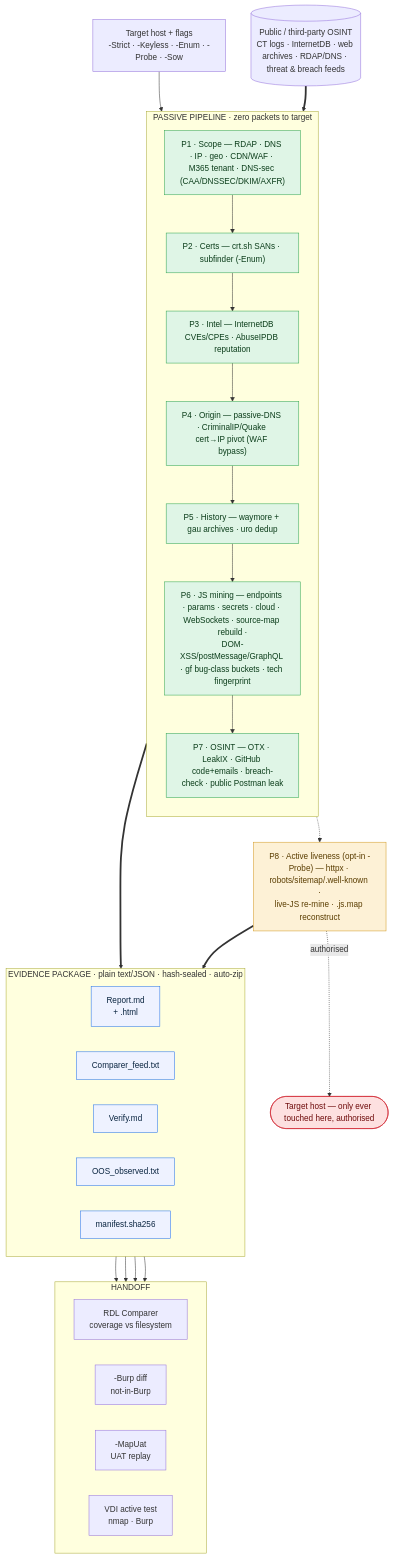
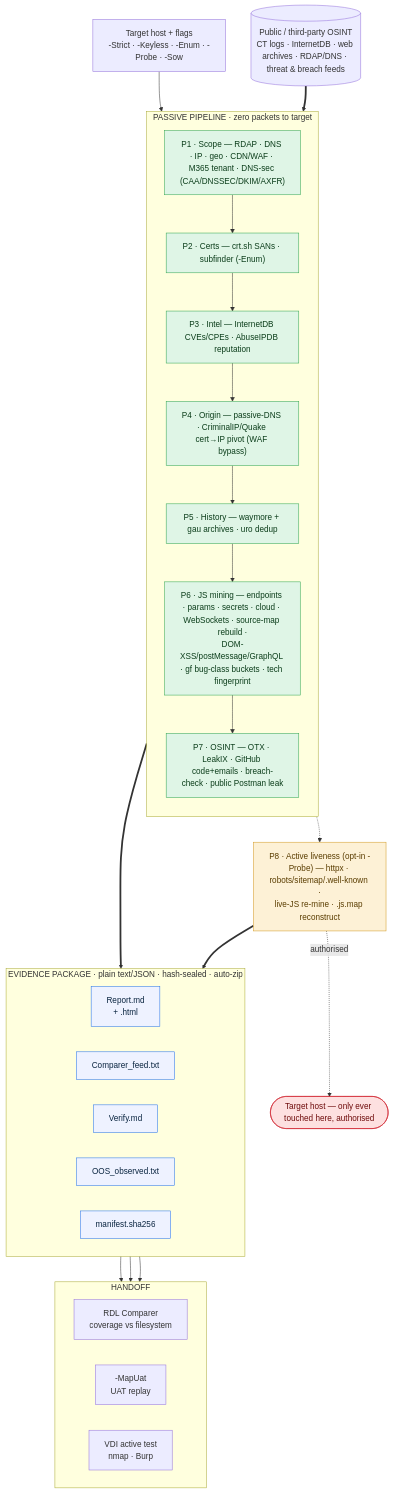
Before and after one commit to impramodsargar/AssetLens: the diagram in README.md, drawn with Mermaid. The commit also changed other lines of this file and 1 other file, not shown here.

Commit message:
Remove -Burp diff mode - external tool owns the Burp comparison
The Burp-vs-RDL coverage compare is done by a separate tool now, so AssetLens
no longer needs its own one-directional diff. Removed:
- the -Burp param, Invoke-BurpDiff function, dispatch branch, and its mention
  in the "no target" error text
- README: the -Burp node in the handoff diagram, its edge, the usage-table
  row, and the prose line about discovered_not_in_burp.txt

What AssetLens contributes to that pipeline stays and is now called out
explicitly: 08_live\live_urls.txt (every -Probe-confirmed live URL, full
URLs - the list to load into the external compare tool) and Comparer_feed.txt
(the broader discovered union). No collection logic touched; AST clean;
-Report rebuild verified (live_urls 398, live_uris 395, Comparer_feed 480).

````diff
--- a/README.md
+++ b/README.md
@@ -37,54 +37,53 @@
 ```mermaid
 flowchart TB
     IN["Target host + flags<br/>-Strict · -Keyless · -Enum · -Probe · -Sow"]
     SRC[("Public / third-party OSINT<br/>CT logs · InternetDB · web archives · RDAP/DNS · threat &amp; breach feeds")]
 
     subgraph PASSIVE["PASSIVE PIPELINE  ·  zero packets to target"]
         direction TB
         P1["P1 · Scope — RDAP · DNS · IP · geo · CDN/WAF · M365 tenant · DNS-sec (CAA/DNSSEC/DKIM/AXFR)"]
         P2["P2 · Certs — crt.sh SANs · subfinder (-Enum)"]
         P3["P3 · Intel — InternetDB CVEs/CPEs · AbuseIPDB reputation"]
         P4["P4 · Origin — passive-DNS · CriminalIP/Quake cert→IP pivot (WAF bypass)"]
         P5["P5 · History — waymore + gau archives · uro dedup"]
         P6["P6 · JS mining — endpoints · params · secrets · cloud · WebSockets · source-map rebuild ·<br/>DOM-XSS/postMessage/GraphQL · gf bug-class buckets · tech fingerprint"]
         P7["P7 · OSINT — OTX · LeakIX · GitHub code+emails · breach-check · public Postman leak"]
         P1 --> P2 --> P3 --> P4 --> P5 --> P6 --> P7
     end
 
     P8["P8 · Active liveness (opt-in -Probe) — httpx · robots/sitemap/.well-known ·<br/>live-JS re-mine · .js.map reconstruct"]
     TGT(["Target host — only ever touched here, authorised"])
 
     subgraph OUT["EVIDENCE PACKAGE  ·  plain text/JSON · hash-sealed · auto-zip"]
         direction LR
         R["Report.md<br/>+ .html"]
         F["Comparer_feed.txt"]
         V["Verify.md"]
         O["OOS_observed.txt"]
         M["manifest.sha256"]
     end
 
     subgraph HAND["HANDOFF"]
         direction LR
         RDL["RDL Comparer<br/>coverage vs filesystem"]
-        BURP["-Burp diff<br/>not-in-Burp"]
         UAT["-MapUat<br/>UAT replay"]
         VDI["VDI active test<br/>nmap · Burp"]
     end
 
     IN --> PASSIVE
     SRC ==> PASSIVE
     PASSIVE ==> OUT
     PASSIVE -.-> P8
     P8 -. "authorised" .-> TGT
     P8 ==> OUT
-    OUT --> RDL & BURP & UAT & VDI
+    OUT --> RDL & UAT & VDI
 
     classDef pass fill:#dff5e6,stroke:#2ea44f,color:#0b3d1a;
     classDef act fill:#fdf1d6,stroke:#d29922,color:#5a3d00;
     classDef tgt fill:#fde0e0,stroke:#cf222e,color:#6e0b0b;
     classDef out fill:#eef2ff,stroke:#1f6feb,color:#0a2540;
     class P1,P2,P3,P4,P5,P6,P7 pass;
     class P8 act;
     class TGT tgt;
     class R,F,V,O,M out;
 ```
````
